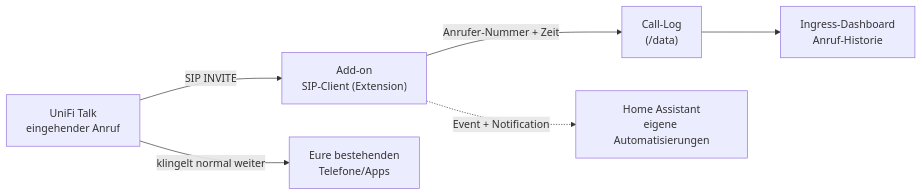
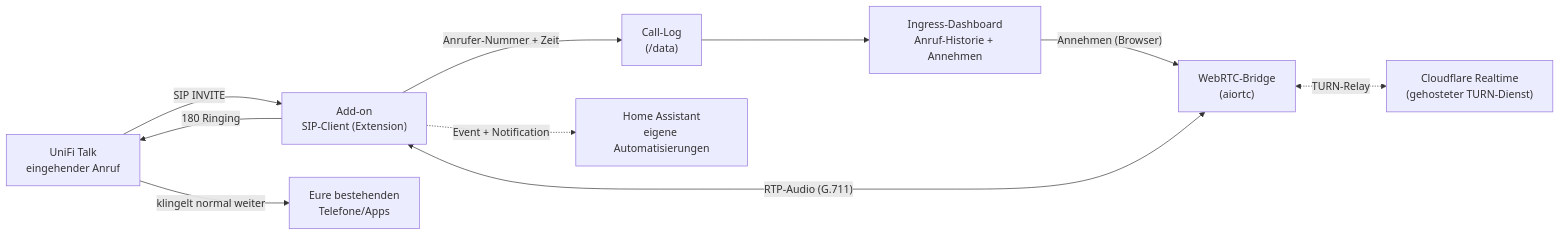
The diagram in README.md (martin141089/unifi-talk-softphone), drawn with Mermaid before and after one commit. The commit also changed other lines of this file and 7 other files, not shown here.

````diff
--- a/README.md
+++ b/README.md
@@ -15,8 +16,12 @@
 ```mermaid
 flowchart LR
     A["UniFi Talk<br/>eingehender Anruf"] -->|"SIP INVITE"| B["Add-on<br/>SIP-Client (Extension)"]
+    B -->|"180 Ringing"| A
     A -->|"klingelt normal weiter"| C["Eure bestehenden<br/>Telefone/Apps"]
     B -->|"Anrufer-Nummer + Zeit"| D["Call-Log<br/>(/data)"]
-    D --> E["Ingress-Dashboard<br/>Anruf-Historie"]
+    D --> E["Ingress-Dashboard<br/>Anruf-Historie + Annehmen"]
+    E -->|"Annehmen (Browser)"| F["WebRTC-Bridge<br/>(aiortc)"]
+    F <-.->|"TURN-Relay"| H["Cloudflare Realtime<br/>(gehosteter TURN-Dienst)"]
+    F <-->|"RTP-Audio (G.711)"| B
     B -.->|"Event + Notification"| G["Home Assistant<br/>eigene Automatisierungen"]
 ```
````
